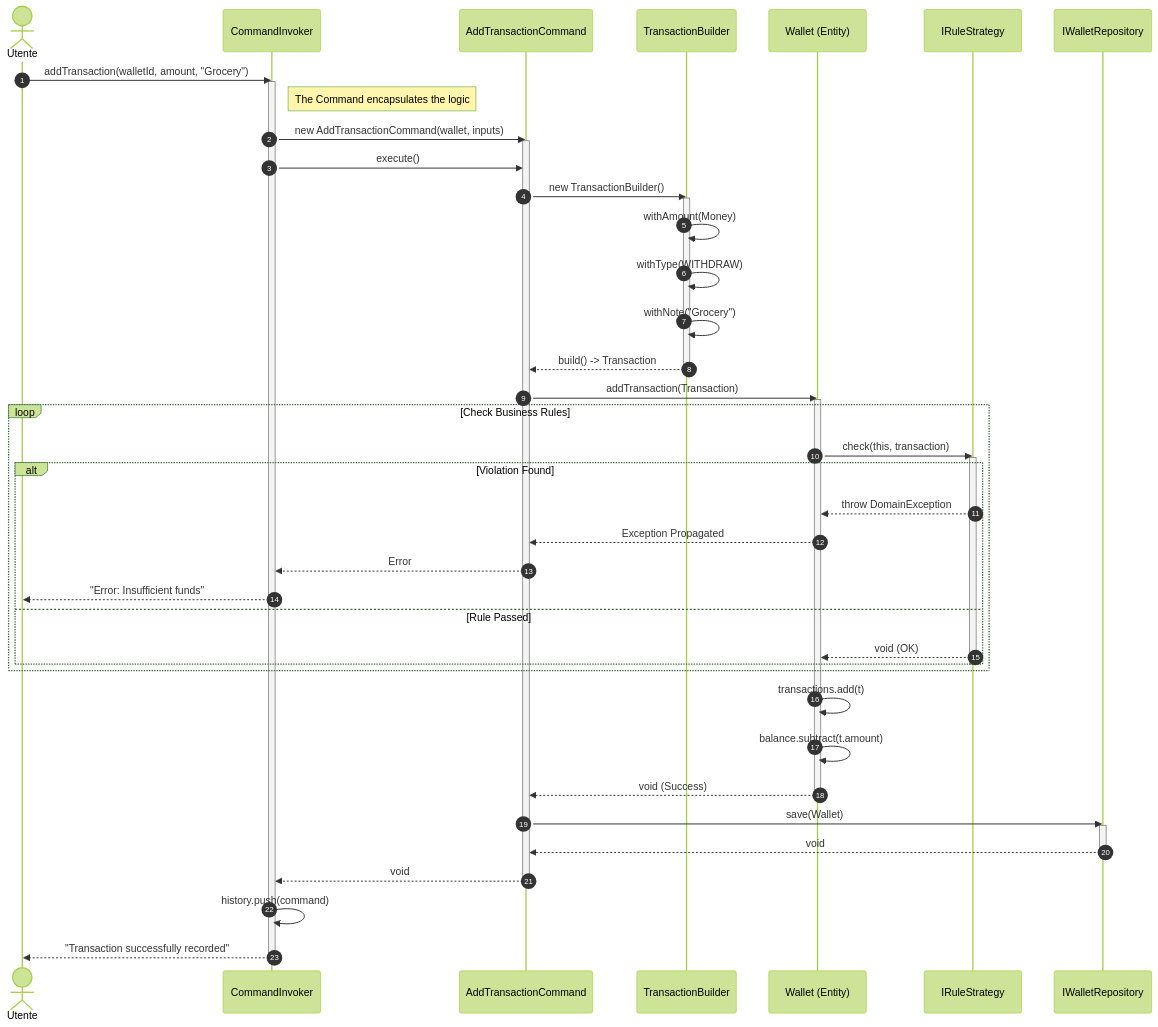
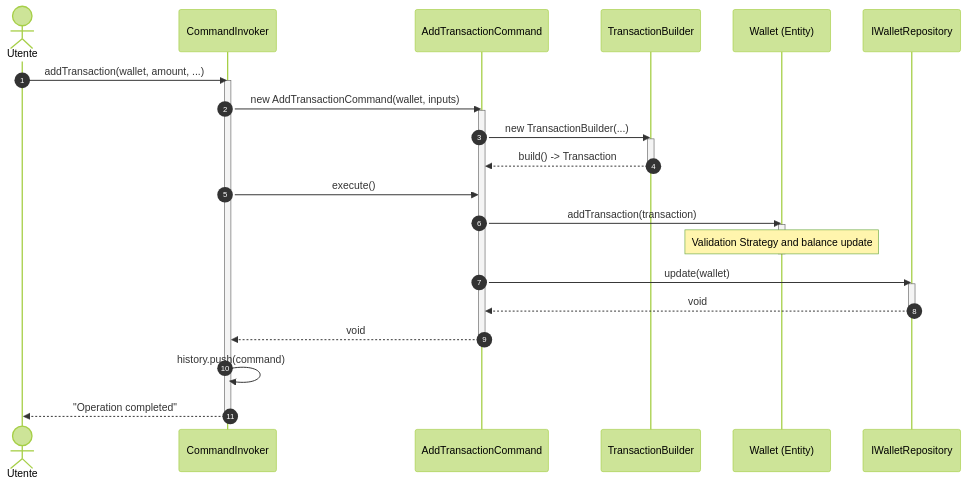
Before and after one commit to simopugliese/java-clean-finance: the fourth of 5 diagrams in README.md, drawn with Mermaid (forest theme). The commit also changed 4 other files, not shown here.

````diff
--- a/README.md
+++ b/README.md
@@ -655,64 +655,42 @@
 ```mermaid
 sequenceDiagram
     autonumber
-    
+
     actor User as Utente
     participant Invoker as CommandInvoker
     participant Cmd as AddTransactionCommand
     participant Builder as TransactionBuilder
     participant Wallet as Wallet (Entity)
-    participant Strategy as IRuleStrategy
     participant Repo as IWalletRepository
 
-    User->>Invoker: addTransaction(walletId, amount, "Grocery")
+    User->>Invoker: addTransaction(wallet, amount, ...)
     activate Invoker
-    
-    Note right of Invoker: The Command encapsulates the logic
+
     Invoker->>Cmd: new AddTransactionCommand(wallet, inputs)
     activate Cmd
-    
-    Invoker->>Cmd: execute()
-    
-    Cmd->>Builder: new TransactionBuilder()
+
+    Cmd->>Builder: new TransactionBuilder(...)
     activate Builder
-    Builder->>Builder: withAmount(Money)
-    Builder->>Builder: withType(WITHDRAW)
-    Builder->>Builder: withNote("Grocery")
     Builder-->>Cmd: build() -> Transaction
     deactivate Builder
 
-    Cmd->>Wallet: addTransaction(Transaction)
+    Invoker->>Cmd: execute()
+
+    Cmd->>Wallet: addTransaction(transaction)
     activate Wallet
-    
-    loop Check Business Rules
-        Wallet->>Strategy: check(this, transaction)
-        activate Strategy
-        
-        alt Violation Found
-            Strategy-->>Wallet: throw DomainException
-            Wallet-->>Cmd: Exception Propagated
-            Cmd-->>Invoker: Error
-            Invoker-->>User: "Error: Insufficient funds"
-        else Rule Passed
-            Strategy-->>Wallet: void (OK)
-        end
-        deactivate Strategy
-    end
+    Note over Wallet: Validation Strategy and balance update
 
-    Wallet->>Wallet: transactions.add(t)
-    Wallet->>Wallet: balance.subtract(t.amount)
-    Wallet-->>Cmd: void (Success)
     deactivate Wallet
 
-    Cmd->>Repo: save(Wallet)
+    Cmd->>Repo: update(wallet)
     activate Repo
     Repo-->>Cmd: void
     deactivate Repo
 
     Cmd-->>Invoker: void
     deactivate Cmd
-    
+
     Invoker->>Invoker: history.push(command)
-    Invoker-->>User: "Transaction successfully recorded"
+    Invoker-->>User: "Operation completed"
     deactivate Invoker
 ```
````
